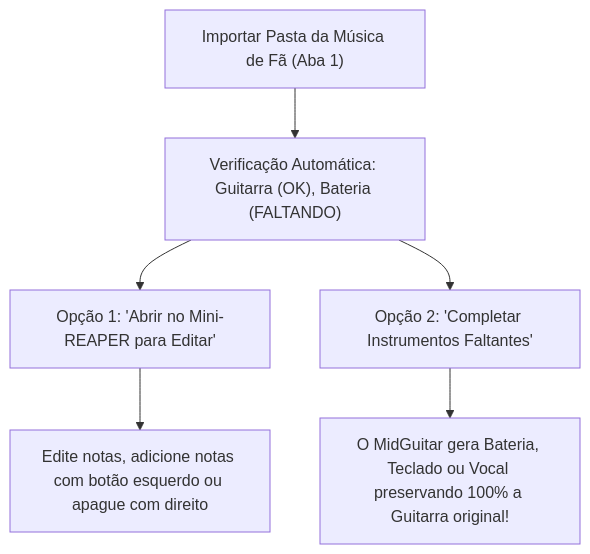
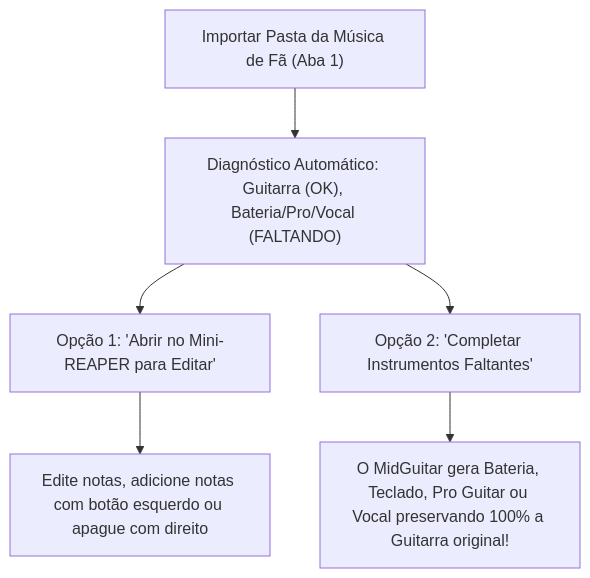
The second of 2 diagrams in TUTORIAL_VISUAL.md (gecclissi/MidGuitar), drawn with Mermaid before and after one commit. The commit also changed other lines of this file and 15 other files, not shown here.

````diff
--- a/TUTORIAL_VISUAL.md
+++ b/TUTORIAL_VISUAL.md
@@ -143,8 +133,8 @@
 ```mermaid
 flowchart TD
-    A["Importar Pasta da Música de Fã (Aba 1)"] --> B["Verificação Automática: Guitarra (OK), Bateria (FALTANDO)"]
+    A["Importar Pasta da Música de Fã (Aba 1)"] --> B["Diagnóstico Automático: Guitarra (OK), Bateria/Pro/Vocal (FALTANDO)"]
     B --> C["Opção 1: 'Abrir no Mini-REAPER para Editar'"]
     B --> D["Opção 2: 'Completar Instrumentos Faltantes'"]
     C --> E["Edite notas, adicione notas com botão esquerdo ou apague com direito"]
-    D --> F["O MidGuitar gera Bateria, Teclado ou Vocal preservando 100% a Guitarra original!"]
+    D --> F["O MidGuitar gera Bateria, Teclado, Pro Guitar ou Vocal preservando 100% a Guitarra original!"]
 ```
````
